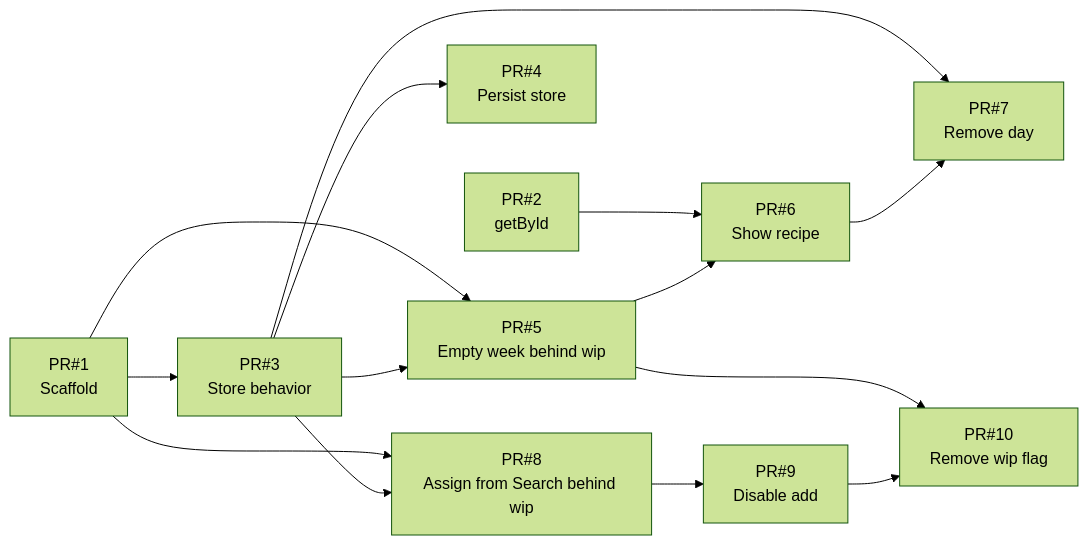
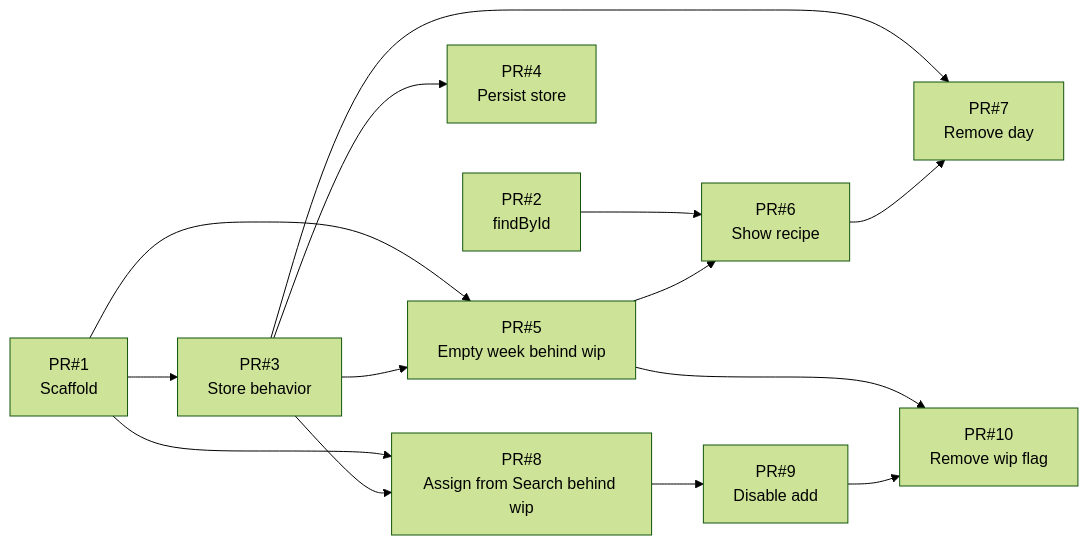
One commit to marmicode/charted-coding-workshop changed the second of 2 diagrams in apps/301-charted-design-solution/workspace/design-docs/001-weekly-meal-plan.md. Above: the diagram before and after it, drawn with Mermaid (forest theme). The commit also changed other lines of this file, not shown here.

Commit message:
docs(301-charted-design): 📝 align findById and select naming in design doc

````diff
--- a/apps/301-charted-design-solution/workspace/design-docs/001-weekly-meal-plan.md
+++ b/apps/301-charted-design-solution/workspace/design-docs/001-weekly-meal-plan.md
@@ -239,27 +239,27 @@
 ```mermaid
 flowchart LR
   PR1["PR#1<br>Scaffold"]
-  PR2["PR#2<br>getById"]
+  PR2["PR#2<br>findById"]
   PR3["PR#3<br>Store behavior"]
   PR4["PR#4<br>Persist store"]
   PR5["PR#5<br>Empty week behind wip"]
   PR6["PR#6<br>Show recipe"]
   PR7["PR#7<br>Remove day"]
   PR8["PR#8<br>Assign from Search behind wip"]
   PR9["PR#9<br>Disable add"]
   PR10["PR#10<br>Remove wip flag"]
 
   PR1 --> PR3
   PR1 --> PR5
   PR1 --> PR8
   PR3 --> PR4
   PR3 --> PR5
   PR2 --> PR6
   PR5 --> PR6
   PR3 --> PR7
   PR6 --> PR7
   PR3 --> PR8
   PR8 --> PR9
   PR5 --> PR10
   PR9 --> PR10
 ```
````
